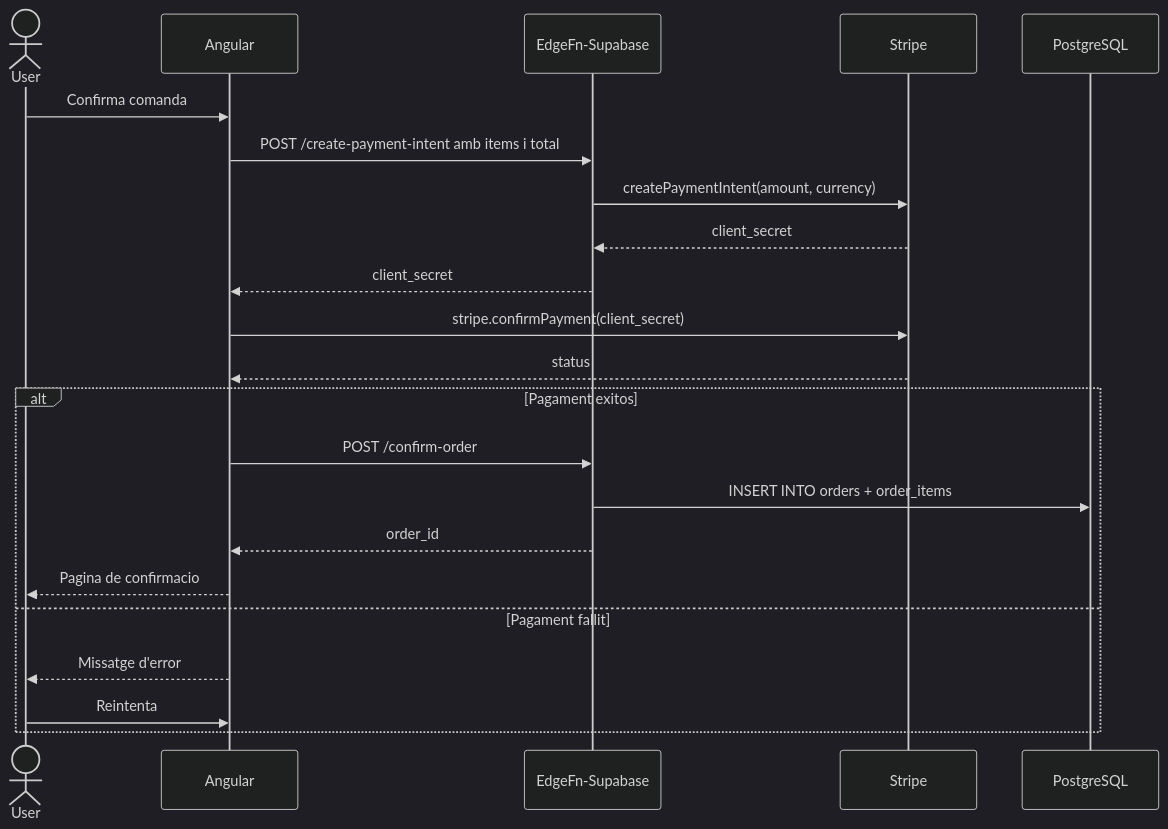
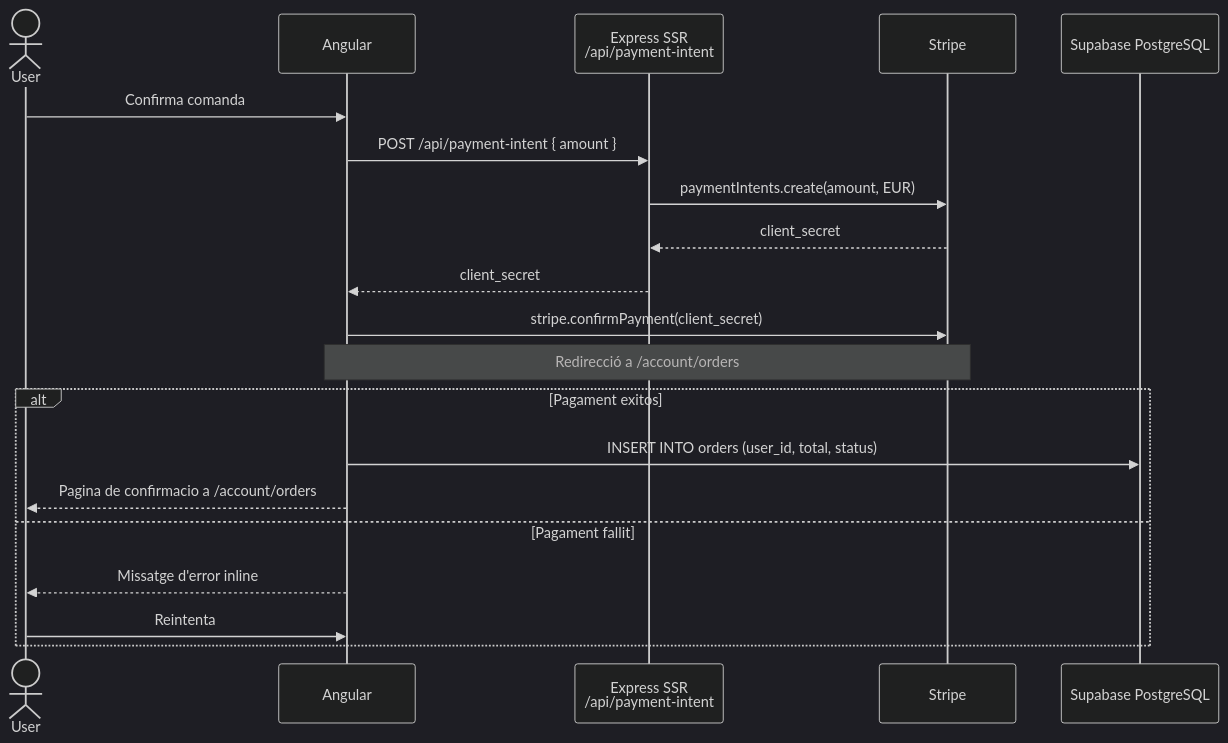
One commit to isahun/winter-garden changed the sixth of 8 diagrams in DIAGRAMS.md. Above: the diagram before and after it, drawn with Mermaid (dark theme). The commit also changed other lines of this file and 1 other file, not shown here.

Commit message:
docs: update diagrams and wireframes to reflect current implementation

````diff
--- a/DIAGRAMS.md
+++ b/DIAGRAMS.md
@@ -237,26 +244,24 @@
 ```mermaid
 sequenceDiagram
     actor User
     participant Angular
-    participant EdgeFn as EdgeFn-Supabase
+    participant SSR as Express SSR<br/>/api/payment-intent
     participant Stripe
-    participant DB as PostgreSQL
+    participant DB as Supabase PostgreSQL
 
     User->>Angular: Confirma comanda
-    Angular->>EdgeFn: POST /create-payment-intent amb items i total
-    EdgeFn->>Stripe: createPaymentIntent(amount, currency)
-    Stripe-->>EdgeFn: client_secret
-    EdgeFn-->>Angular: client_secret
+    Angular->>SSR: POST /api/payment-intent { amount }
+    SSR->>Stripe: paymentIntents.create(amount, EUR)
+    Stripe-->>SSR: client_secret
+    SSR-->>Angular: client_secret
     Angular->>Stripe: stripe.confirmPayment(client_secret)
-    Stripe-->>Angular: status
+    Note over Stripe,Angular: Redirecció a /account/orders
 
     alt Pagament exitos
-        Angular->>EdgeFn: POST /confirm-order
-        EdgeFn->>DB: INSERT INTO orders + order_items
-        EdgeFn-->>Angular: order_id
-        Angular-->>User: Pagina de confirmacio
+        Angular->>DB: INSERT INTO orders (user_id, total, status)
+        Angular-->>User: Pagina de confirmacio a /account/orders
     else Pagament fallit
-        Angular-->>User: Missatge d'error
+        Angular-->>User: Missatge d'error inline
         User->>Angular: Reintenta
     end
 ```
````
